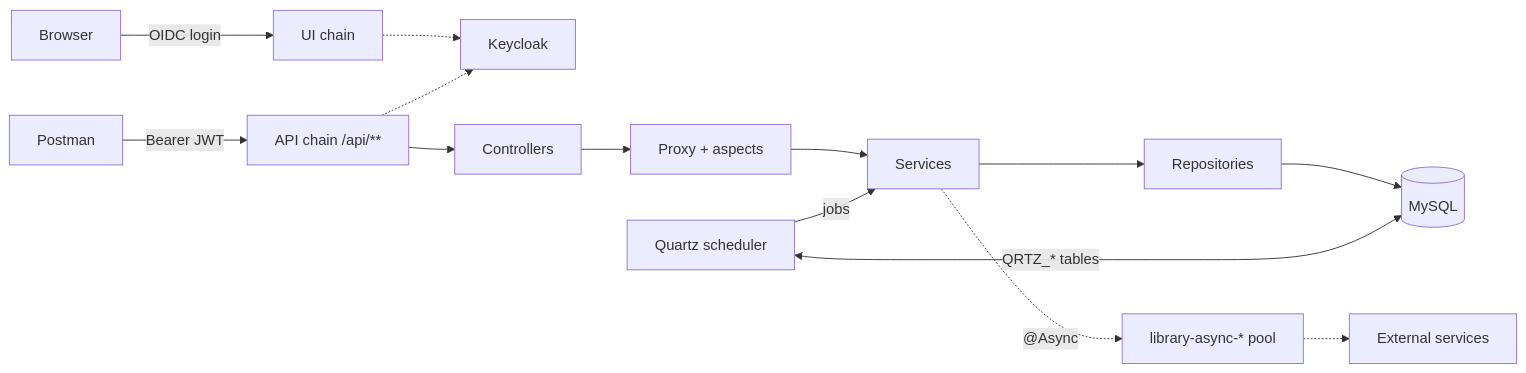
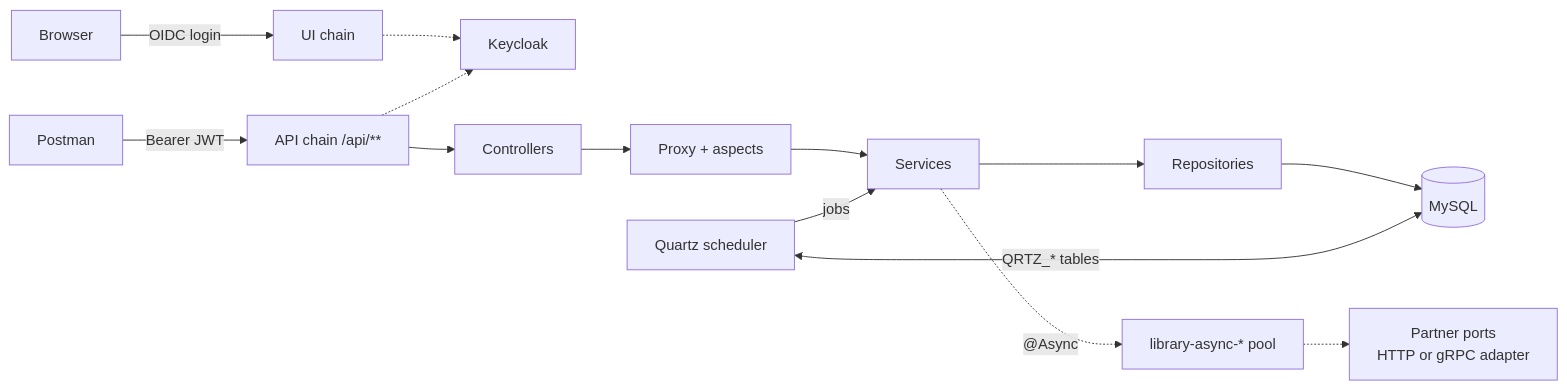
Before and after one commit to oldiix/library_system: the second of 4 diagrams in README.md, drawn with Mermaid. The commit also changed other lines of this file, not shown here.

Commit message:
docs: document interservice communication over HTTP and gRPC in README

````diff
--- a/README.md
+++ b/README.md
@@ -90,12 +98,12 @@
 ```mermaid
 flowchart LR
     Browser["Browser"] -->|"OIDC login"| UI["UI chain"]
     Client["Postman"] -->|"Bearer JWT"| API["API chain /api/**"]
     UI -.-> KC["Keycloak"]
     API -.-> KC
     API --> C["Controllers"] --> P["Proxy + aspects"] --> S["Services"] --> R["Repositories"] --> DB[("MySQL")]
     S -.->|"@Async"| POOL["library-async-* pool"]
-    POOL -.-> EXT["External services"]
+    POOL -.-> PORTS["Partner ports<br/>HTTP or gRPC adapter"]
     Q["Quartz scheduler"] -->|"jobs"| S
     Q <-->|"QRTZ_* tables"| DB
 ```
````
